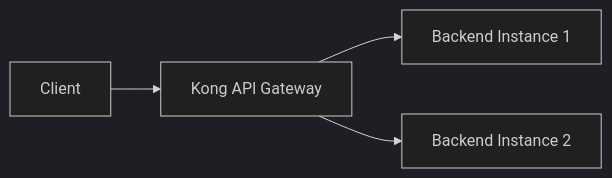
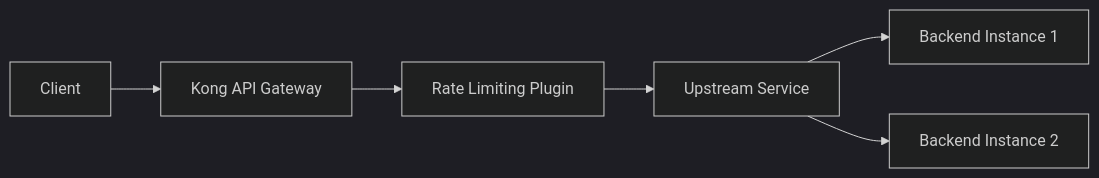
Before and after one commit to ozasd/esun_financial_system: diagram 17 of 22 in README.md, drawn with Mermaid (dark theme). The commit also changed other lines of this file, not shown here.

````diff
--- a/README.md
+++ b/README.md
@@ -437,6 +581,8 @@
 ```mermaid
 flowchart LR
     Client[Client] --> Kong[Kong API Gateway]
-    Kong --> Backend1[Backend Instance 1]
-    Kong --> Backend2[Backend Instance 2]
+    Kong --> Plugin[Rate Limiting Plugin]
+    Plugin --> Upstream[Upstream Service]
+    Upstream --> Backend1[Backend Instance 1]
+    Upstream --> Backend2[Backend Instance 2]
 ```
````
